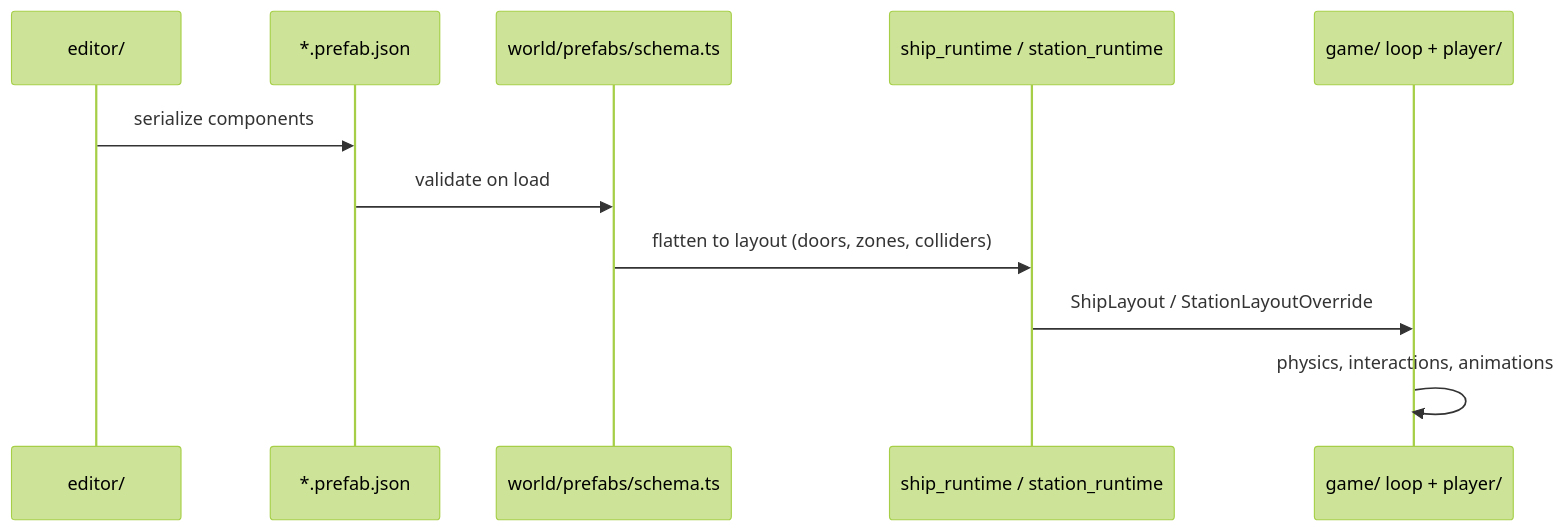
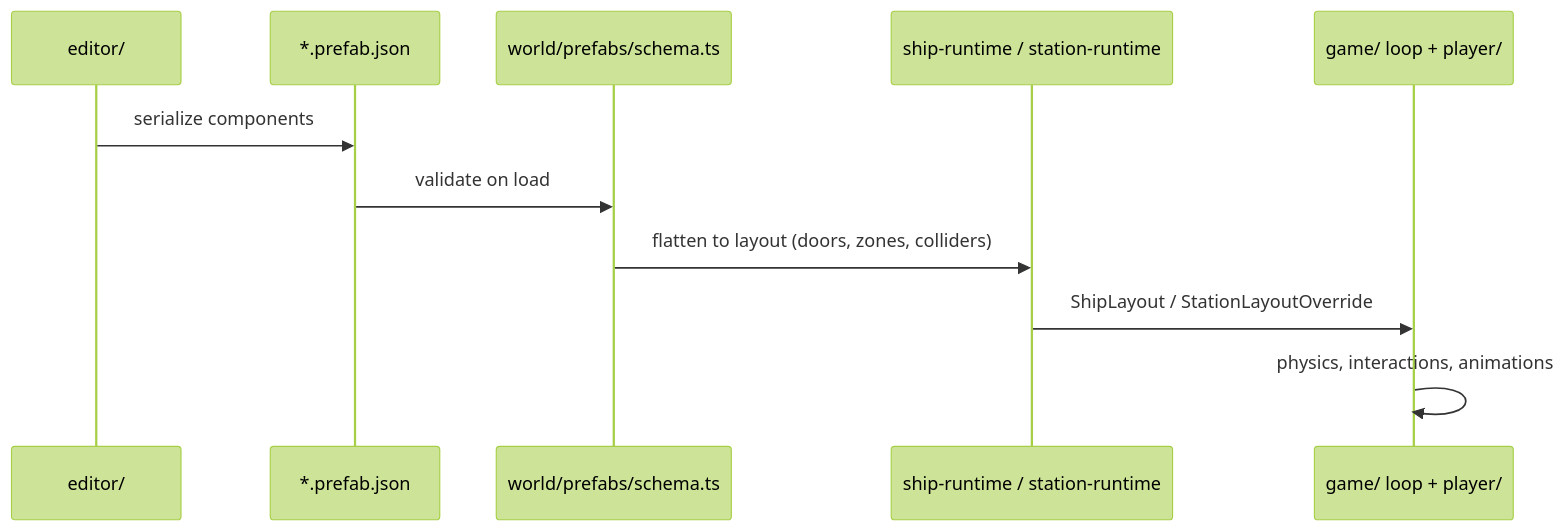
The third of 5 diagrams in docs/docs/engineering/domain-design.md (AlanGreyjoy/claudecitizen), drawn with Mermaid (forest theme) before and after one commit. The commit also changed other lines of this file and 213 other files, not shown here.

````diff
--- a/docs/docs/engineering/domain-design.md
+++ b/docs/docs/engineering/domain-design.md
@@ -129,14 +136,14 @@
 ```mermaid
 sequenceDiagram
   participant Editor as editor/
   participant JSON as *.prefab.json
   participant Schema as world/prefabs/schema.ts
-  participant Runtime as ship_runtime / station_runtime
+  participant Runtime as ship-runtime / station-runtime
   participant Game as game/ loop + player/
 
   Editor->>JSON: serialize components
   JSON->>Schema: validate on load
   Schema->>Runtime: flatten to layout (doors, zones, colliders)
   Runtime->>Game: ShipLayout / StationLayoutOverride
   Game->>Game: physics, interactions, animations
 ```
````
